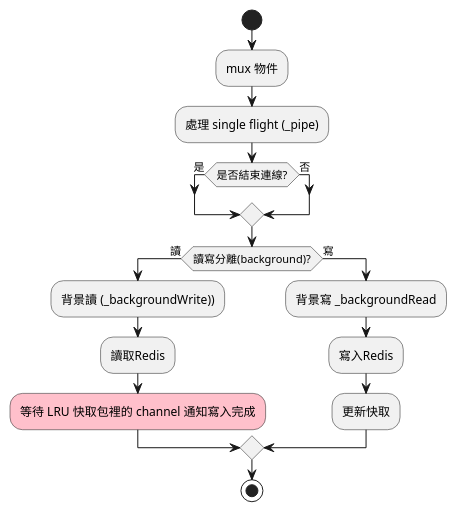
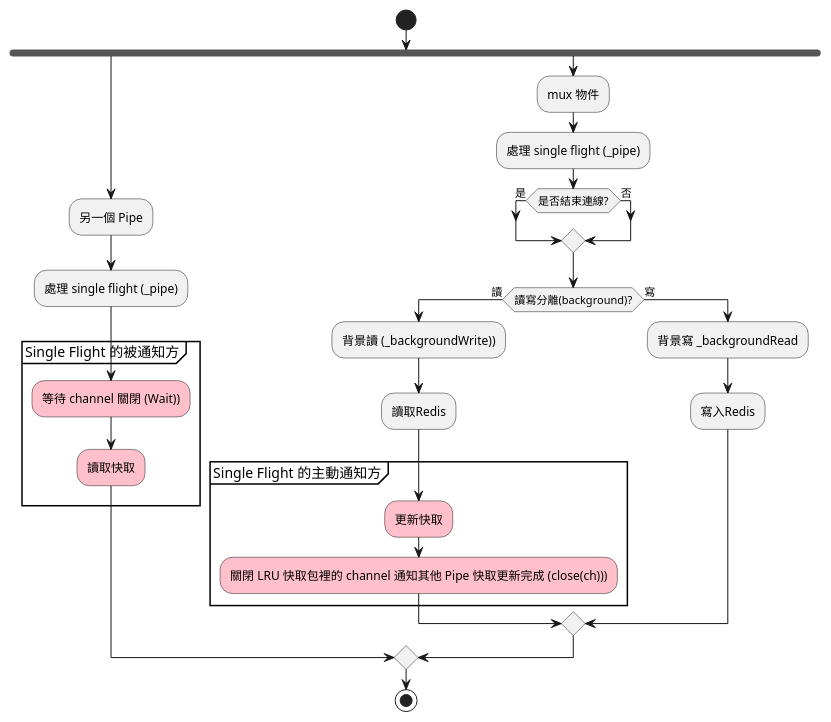
The diagram in 程式統一建模語言/singleFilght和LRU快取的活動圖.puml (shadowp5ev76zi6/rueidis-learning), drawn with PlantUML before and after one commit. The commit also changed 1 other file, not shown here.

```diff
--- a/程式統一建模語言/singleFilght和LRU快取的活動圖.puml
+++ b/程式統一建模語言/singleFilght和LRU快取的活動圖.puml
@@ -1,25 +1,38 @@
 @startuml
 
 start
+
+fork
+  :另一個 Pipe;
+  :處理 single flight (_pipe);
+partition "Single Flight 的被通知方" {
+  #Pink :等待 channel 關閉 (Wait));
+  #Pink :讀取快取;
+}
+
+fork again
 
 :mux 物件;
 
 :處理 single flight (_pipe);
 
 if (是否結束連線?) then (是)
 else (否)
 endif
-
 if (讀寫分離(background)?) then (讀)
   :背景讀 (_backgroundWrite));
   :讀取Redis;
-  #Pink :等待 LRU 快取包裡的 channel 通知寫入完成;
+partition "Single Flight 的主動通知方" {
+  #Pink :更新快取;
+  #Pink :關閉 LRU 快取包裡的 channel 通知其他 Pipe 快取更新完成 (close(ch)));
+}
 else (寫)
   :背景寫 _backgroundRead;
   :寫入Redis;
-  :更新快取;
 endif
+
+end merge
 
 stop
 
 @enduml
```
